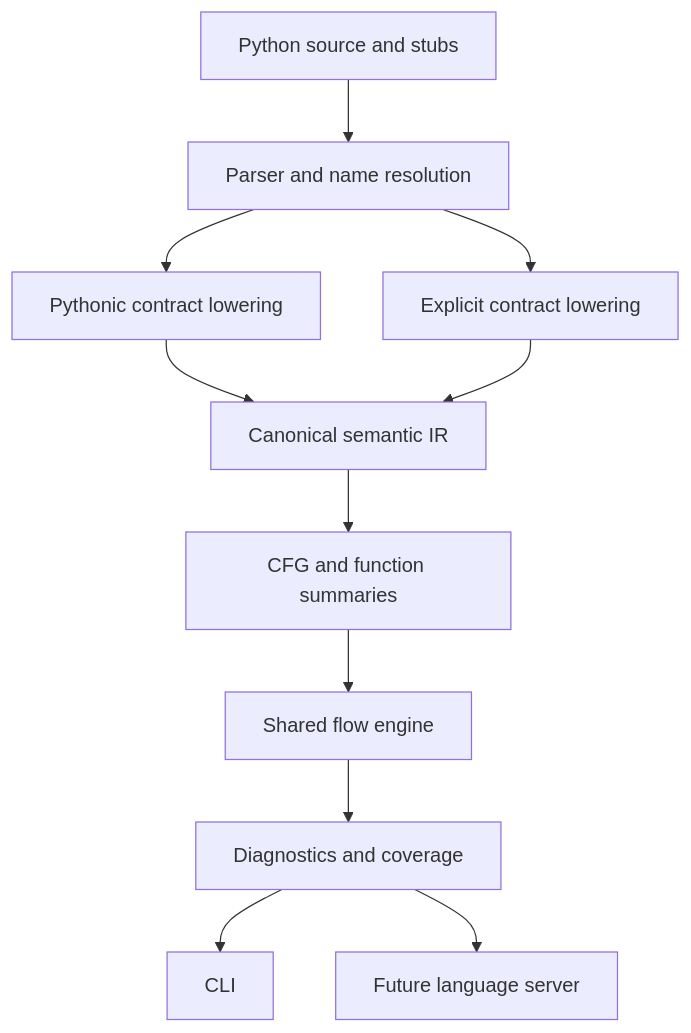
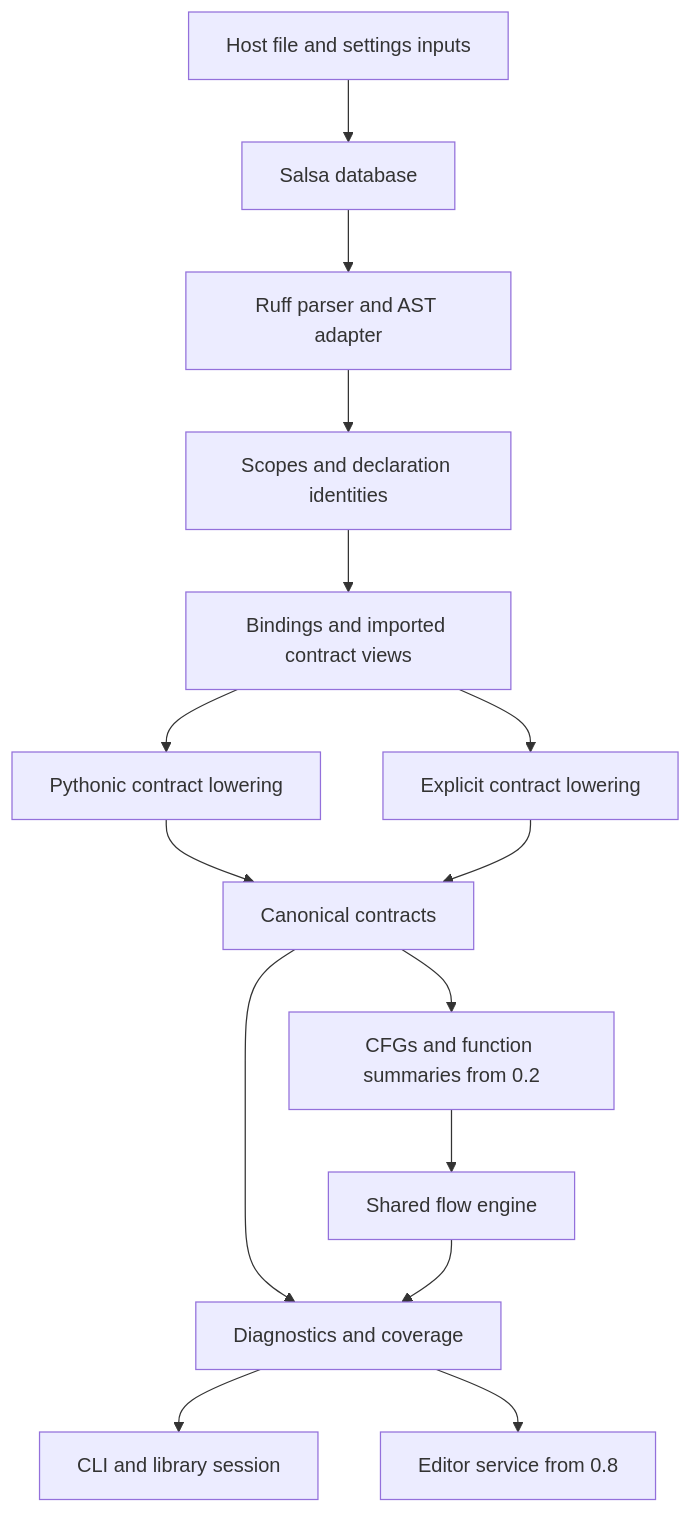
The diagram in docs/planning/architecture.md (eddiethedean/codepact), drawn with Mermaid before and after one commit. The commit also changed other lines of this file and 65 other files, not shown here.

```diff
--- a/docs/planning/architecture.md
+++ b/docs/planning/architecture.md
@@ -5,13 +7,17 @@
 ~~~mermaid
 flowchart TD
-    S[Python source and stubs] --> P[Parser and name resolution]
-    P --> A[Pythonic contract lowering]
-    P --> B[Explicit contract lowering]
-    A --> I[Canonical semantic IR]
-    B --> I
-    I --> C[CFG and function summaries]
-    C --> E[Shared flow engine]
-    E --> D[Diagnostics and coverage]
-    D --> CLI[CLI]
-    D --> LSP[Future language server]
+    H[Host file and settings inputs] --> DB[Salsa database]
+    DB --> P[Ruff parser and AST adapter]
+    P --> I[Scopes and declaration identities]
+    I --> R[Bindings and imported contract views]
+    R --> A[Pythonic contract lowering]
+    R --> B[Explicit contract lowering]
+    A --> C[Canonical contracts]
+    B --> C
+    C --> F[CFGs and function summaries from 0.2]
+    F --> E[Shared flow engine]
+    C --> D[Diagnostics and coverage]
+    E --> D
+    D --> CLI[CLI and library session]
+    D --> LSP[Editor service from 0.8]
 ~~~
```
